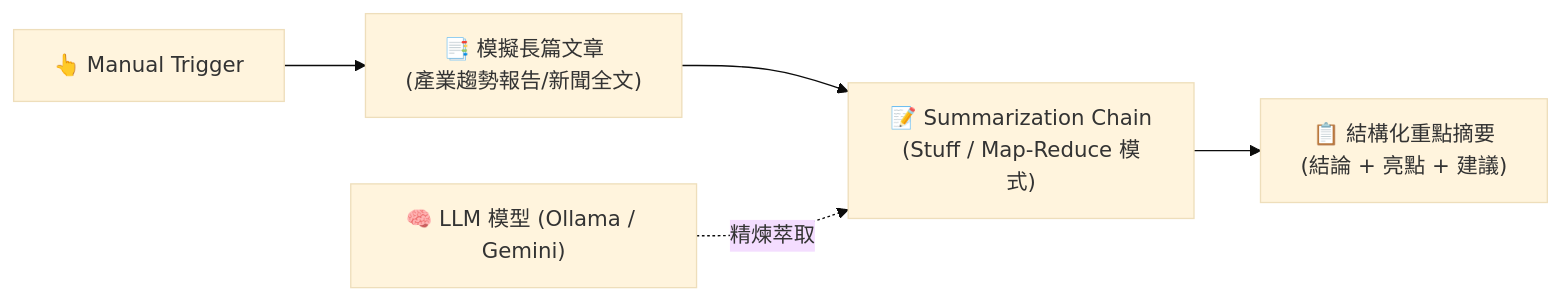
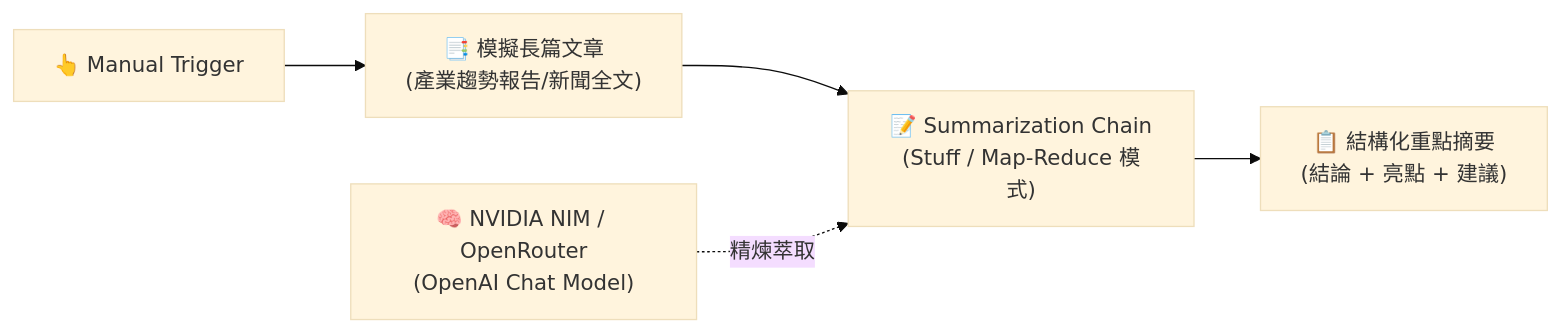
The diagram in AI_Agent/Summarization_Chain/README.md (roberthsu2003/n8n), drawn with Mermaid (base theme) before and after one commit. The commit also changed other lines of this file and 12 other files, not shown here.

````diff
--- a/AI_Agent/Summarization_Chain/README.md
+++ b/AI_Agent/Summarization_Chain/README.md
@@ -15,7 +19,7 @@
 ```mermaid
 flowchart LR
     Trigger["👆 Manual Trigger"] --> Article["📑 模擬長篇文章<br/>(產業趨勢報告/新聞全文)"]
     Article --> Summarizer["📝 Summarization Chain<br/>(Stuff / Map-Reduce 模式)"]
-    Model["🧠 LLM 模型 (Ollama / Gemini)"] -.->|精煉萃取| Summarizer
+    Model["🧠 NVIDIA NIM / OpenRouter<br/>(OpenAI Chat Model)"] -.->|精煉萃取| Summarizer
     Summarizer --> Output["📋 結構化重點摘要<br/>(結論 + 亮點 + 建議)"]
 ```
````
